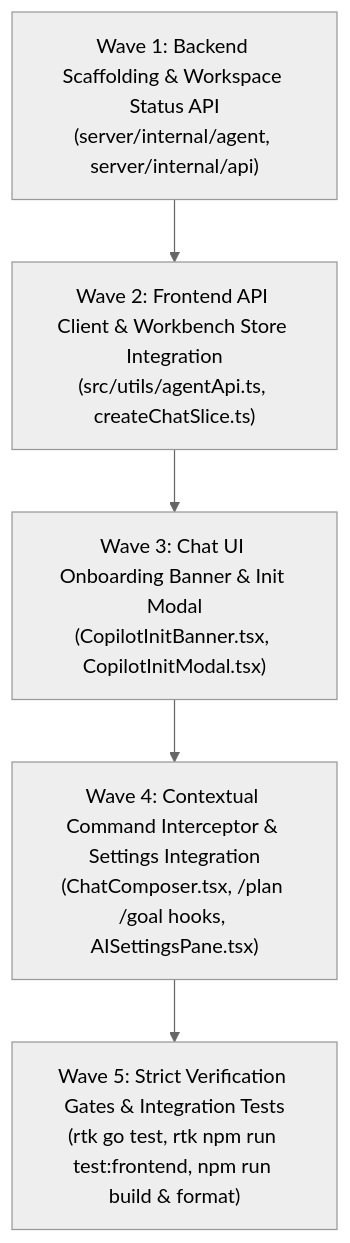
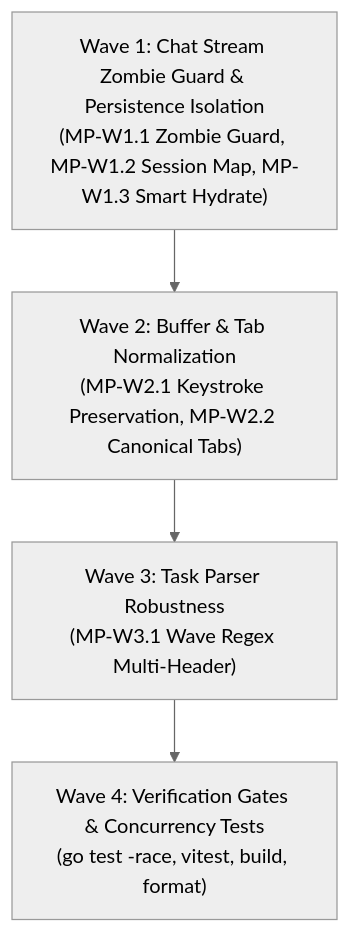
Before and after one commit to aditlab-code/AegisCode: the diagram in task/0-Table-Phase.md, drawn with Mermaid (neutral theme). The commit also changed other lines of this file and 12 other files, not shown here.

First line of the commit message:
feat(agent): remediate concurrency, buffer race, and stream persistence gaps

````diff
--- a/task/0-Table-Phase.md
+++ b/task/0-Table-Phase.md
@@ -14,7 +14,6 @@
 ```mermaid
 flowchart TD
-    W1["Wave 1: Backend Scaffolding & Workspace Status API<br/>(server/internal/agent, server/internal/api)"] --> W2["Wave 2: Frontend API Client & Workbench Store Integration<br/>(src/utils/agentApi.ts, createChatSlice.ts)"]
-    W2 --> W3["Wave 3: Chat UI Onboarding Banner & Init Modal<br/>(CopilotInitBanner.tsx, CopilotInitModal.tsx)"]
-    W3 --> W4["Wave 4: Contextual Command Interceptor & Settings Integration<br/>(ChatComposer.tsx, /plan /goal hooks, AISettingsPane.tsx)"]
-    W4 --> W5["Wave 5: Strict Verification Gates & Integration Tests<br/>(rtk go test, rtk npm run test:frontend, npm run build & format)"]
+    W1["Wave 1: Chat Stream Zombie Guard & Persistence Isolation<br/>(MP-W1.1 Zombie Guard, MP-W1.2 Session Map, MP-W1.3 Smart Hydrate)"] --> W2["Wave 2: Buffer & Tab Normalization<br/>(MP-W2.1 Keystroke Preservation, MP-W2.2 Canonical Tabs)"]
+    W2 --> W3["Wave 3: Task Parser Robustness<br/>(MP-W3.1 Wave Regex Multi-Header)"]
+    W3 --> W4["Wave 4: Verification Gates & Concurrency Tests<br/>(go test -race, vitest, build, format)"]
 ```
````
